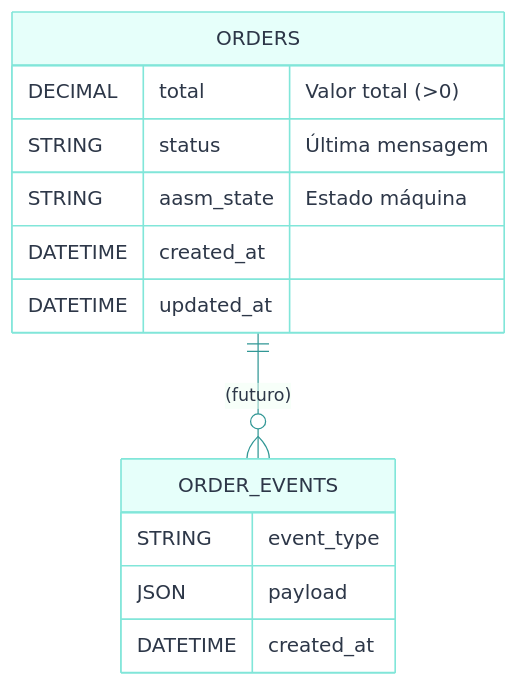
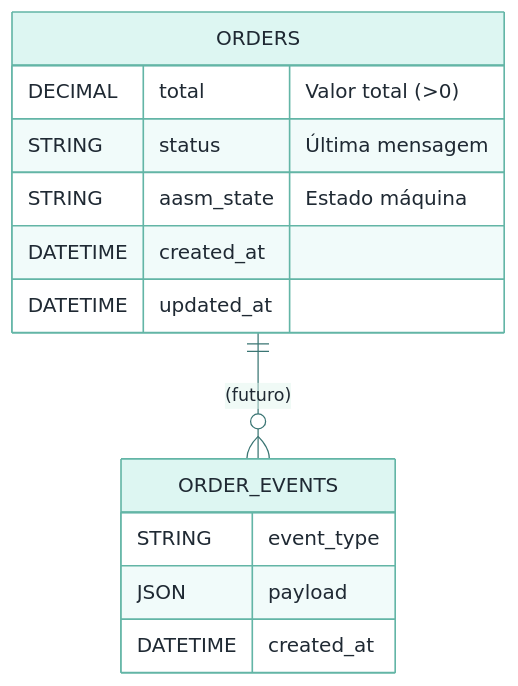
Before and after one commit to enogrob/project-qeevo-anubis: the second of 3 diagrams in contents/anubis.md, drawn with Mermaid. The commit also changed other lines of this file, not shown here.

````diff
--- a/contents/anubis.md
+++ b/contents/anubis.md
@@ -121,17 +129,24 @@
 ```mermaid
-%%{init: {'theme': 'base', 'themeVariables': { 'primaryColor':'#E6FFFA','primaryTextColor':'#2D3748','primaryBorderColor':'#81E6D9','lineColor':'#319795','secondaryColor':'#FFF5F5','tertiaryColor':'#F0FFF4'}}}%%
+%%{init: {'theme': 'base', 'themeVariables': { 
+  'primaryColor':'#DDF6F2',
+  'primaryTextColor':'#1F2933',
+  'primaryBorderColor':'#63B5A6',
+  'lineColor':'#3A7573',
+  'secondaryColor':'#FBE9EC',
+  'tertiaryColor':'#E2F5ED'
+}}}%%
 erDiagram
   ORDERS ||--o{ ORDER_EVENTS : "(futuro)" 
   ORDERS {
     DECIMAL total "Valor total (>0)"
     STRING status "Última mensagem"
     STRING aasm_state "Estado máquina"
     DATETIME created_at
     DATETIME updated_at
   }
   ORDER_EVENTS {
     STRING event_type
     JSON payload
     DATETIME created_at
   }
 ```
````
